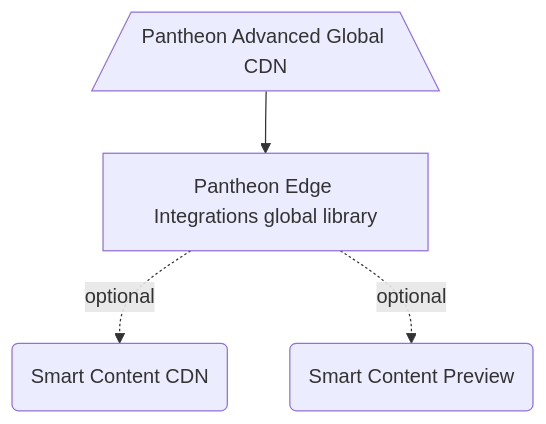
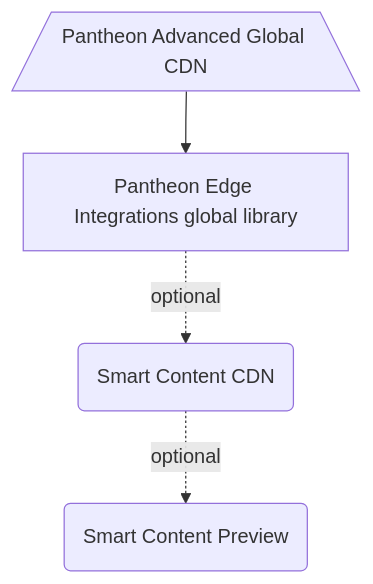
The diagram in README.md (pantheon-systems/edge-integrations-drupal-sdk), drawn with Mermaid before and after one commit.

Commit message:
Update memaid chart

````diff
--- a/README.md
+++ b/README.md
@@ -13,6 +13,6 @@
 ```mermaid
 flowchart TB
 agcdn[/Pantheon Advanced Global CDN\]-->ei[Pantheon Edge Integrations global library]
 ei-. optional .->smart_content_cdn(Smart Content CDN)
-ei-. optional .->smart_content_preview(Smart Content Preview)
+smart_content_cdn-. optional .->smart_content_preview(Smart Content Preview)
 ```
````
